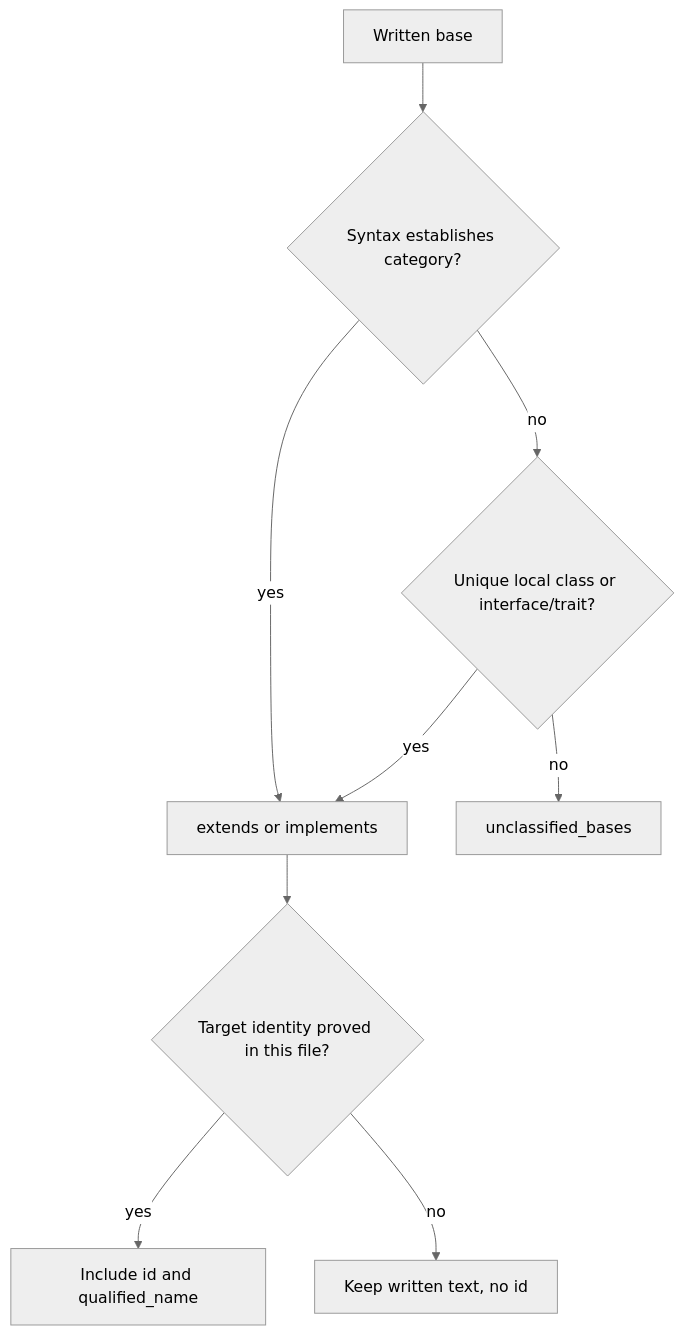
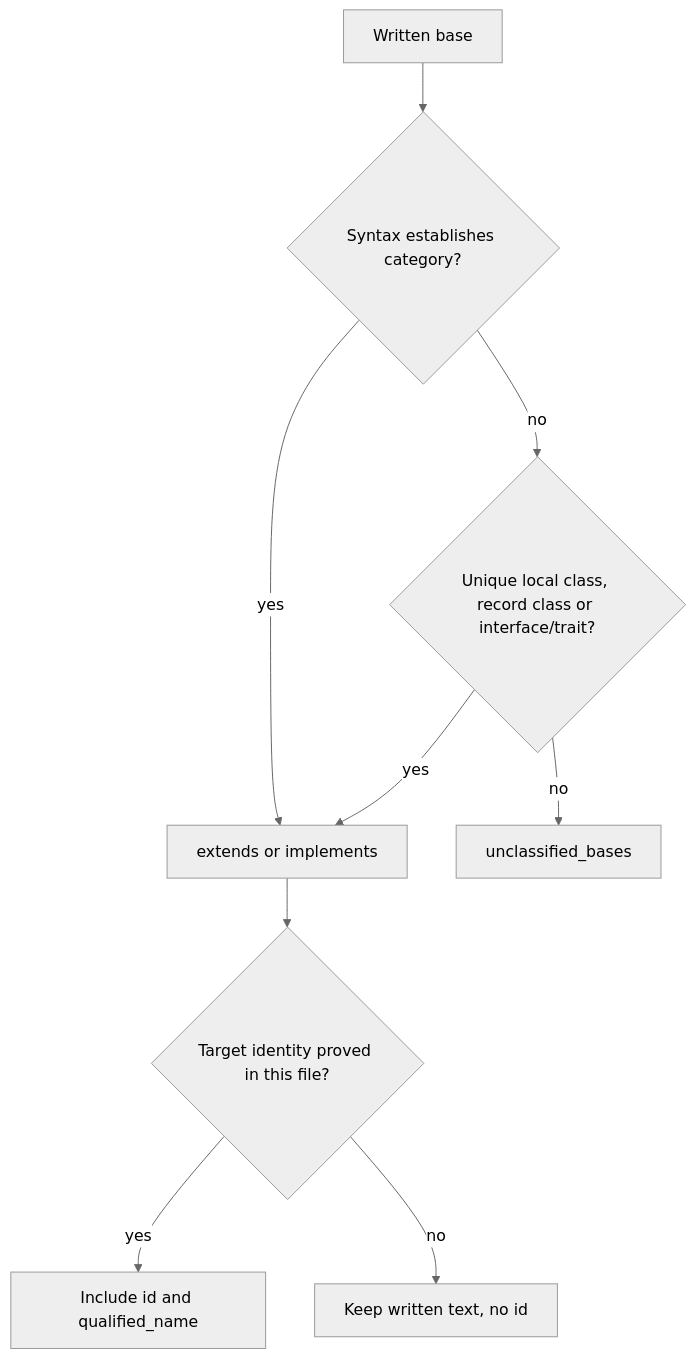
The second of 2 diagrams in tree-hugger/docs/type-relations.md (yankeeinlondon/rusty-biscuit), drawn with Mermaid (neutral theme) before and after one commit. The commit also changed other lines of this file and 8 other files, not shown here.

````diff
--- a/tree-hugger/docs/type-relations.md
+++ b/tree-hugger/docs/type-relations.md
@@ -308,11 +731,11 @@
 ```mermaid
 flowchart TD
     W[Written base] --> S{Syntax establishes category?}
     S -- yes --> C[extends or implements]
-    S -- no --> L{Unique local class or interface/trait?}
+    S -- no --> L{Unique local class, record class or interface/trait?}
     L -- yes --> C
     L -- no --> U[unclassified_bases]
     C --> I{Target identity proved in this file?}
     I -- yes --> R[Include id and qualified_name]
     I -- no --> T[Keep written text, no id]
 ```
````
